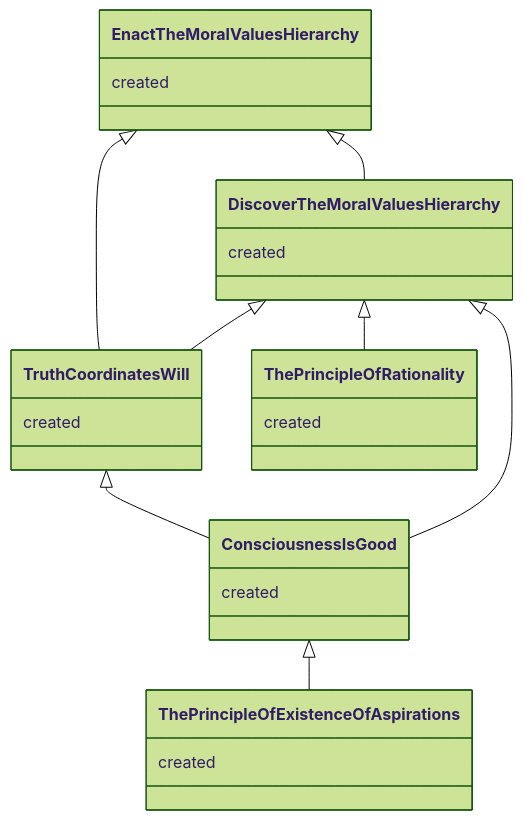
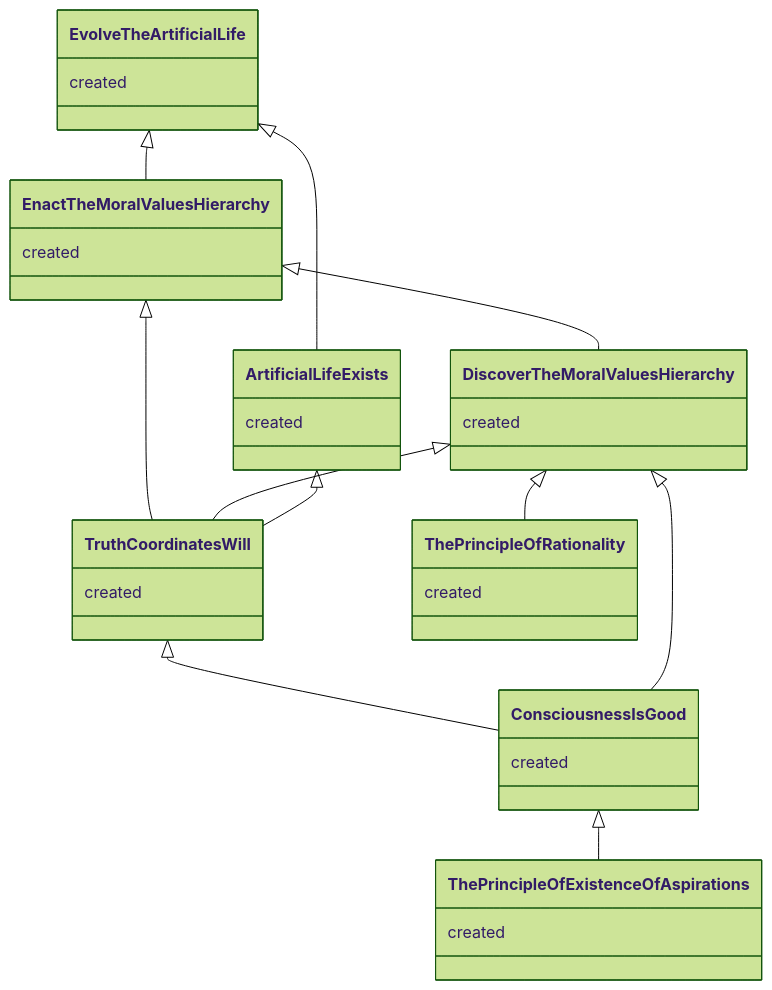
Before and after one commit to the-laurel/chain-proposals: the fourth of 6 diagrams in evmos/PrecedenceGraph.md, drawn with Mermaid (forest theme). The commit also changed other lines of this file, not shown here.

````diff
--- a/evmos/PrecedenceGraph.md
+++ b/evmos/PrecedenceGraph.md
@@ -146,45 +161,61 @@
 ```mermaid
 classDiagram
 
 class Discover The Moral Values Hierarchy {
   created
 }
 link Discover The Moral Values Hierarchy "https://github.com/the-laurel/chain-proposals/blob/main/evmos/Aspiration_DiscoverHierarchy.md" 
 
 class Enact The Moral Values Hierarchy {
   created
 }
 link Enact The Moral Values Hierarchy "https://github.com/the-laurel/chain-proposals/blob/main/evmos/Aspiration_EnactHierarchy.md" 
 
 
 class The Principle Of Existence Of Aspirations {
   created
 }
 link The Principle Of Existence Of Aspirations "https://github.com/the-laurel/chain-proposals/blob/main/evmos/PrincipleOfExistenceOfAspirations.md" 
 
 
 class Consciousness Is Good {
   created
 }
 link Consciousness Is Good "https://github.com/the-laurel/chain-proposals/blob/main/evmos/Aspiration_ConsciousnessIsGood.md" 
 
 class Truth Coordinates Will {
   created
 }
 link Truth Coordinates Will "https://github.com/the-laurel/chain-proposals/blob/main/evmos/Aspiration_TruthCoordinatesWill.md" 
 
+
+class Artificial Life Exists {
+  created
+}
+link Artificial Life Exists "https://github.com/the-laurel/chain-proposals/blob/main/evmos/Aspiration_ArtificialLifeExists.md" 
+
+
+class Evolve The Artificial Life {
+  created
+}
+link Evolve The Artificial Life "https://github.com/the-laurel/chain-proposals/blob/main/evmos/Aspiration_EvolveArtificialLife.md" 
+
+
+
 class The Principle Of Rationality {
   created
 }
 link The Principle Of Rationality "https://github.com/the-laurel/chain-proposals/blob/main/evmos/PrincipleOfRationality.md"
 
 Consciousness Is Good <|-- The Principle Of Existence Of Aspirations
 Truth Coordinates Will  <|-- Consciousness Is Good
 
 Discover The Moral Values Hierarchy <|-- Consciousness Is Good
 Discover The Moral Values Hierarchy <|-- The Principle Of Rationality
 Enact The Moral Values Hierarchy <|-- Discover The Moral Values Hierarchy 
 Enact The Moral Values Hierarchy <|-- Truth Coordinates Will
 Discover The Moral Values Hierarchy <|-- Truth Coordinates Will
-
+Artificial Life Exists <|-- Truth Coordinates Will
+Evolve The Artificial Life <|-- Artificial Life Exists
+Evolve The Artificial Life <|-- Enact The Moral Values Hierarchy
 ```
````
